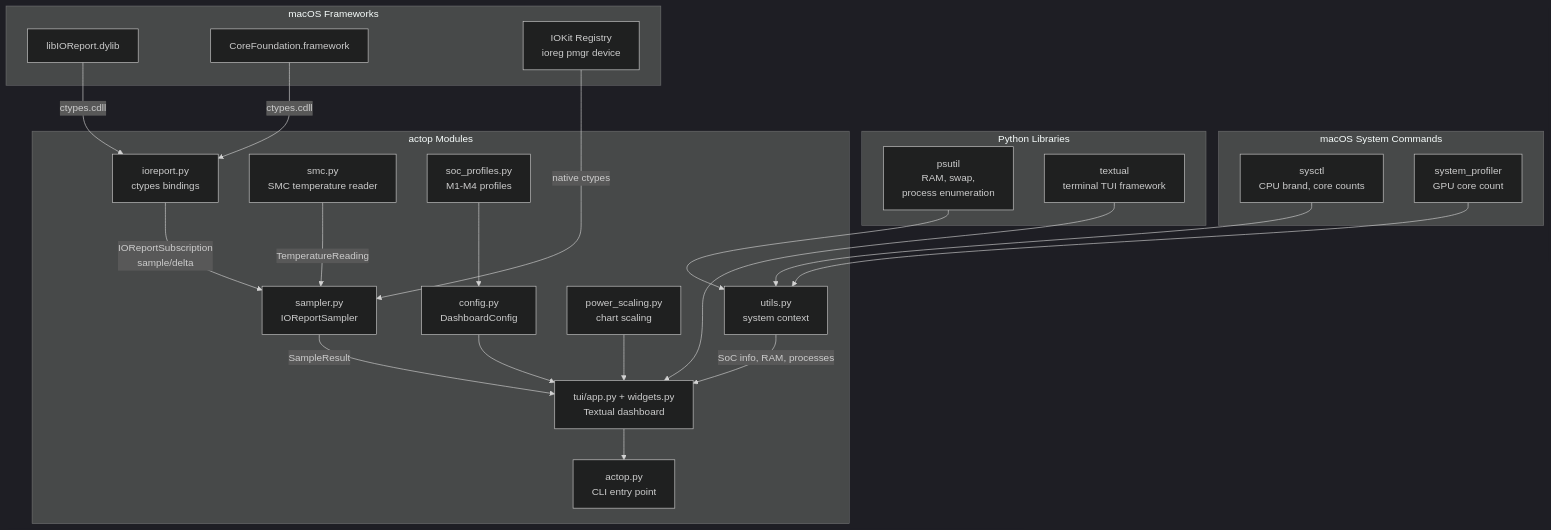
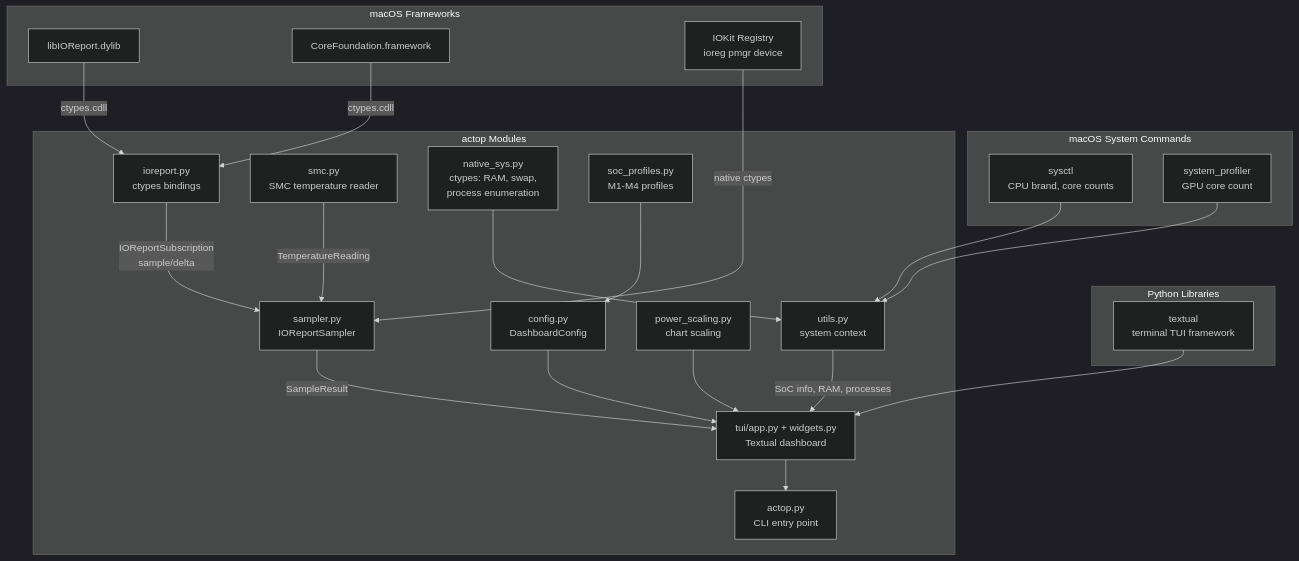
The diagram in README.md (binlecode/agtop), drawn with Mermaid (dark theme) before and after one commit. The commit also changed other lines of this file and 8 other files, not shown here.

First line of the commit message:
v1.2.1: doc sync, Python API snippet, roadmap refresh (#18)

````diff
--- a/README.md
+++ b/README.md
@@ -241,49 +256,49 @@
 ```mermaid
 graph TD
     subgraph "macOS Frameworks"
         IOR[libIOReport.dylib]
         CF[CoreFoundation.framework]
         IOKIT[IOKit Registry<br/>ioreg pmgr device]
     end
 
     subgraph "macOS System Commands"
         SYSCTL[sysctl<br/>CPU brand, core counts]
         SYSPROF[system_profiler<br/>GPU core count]
     end
 
     subgraph "Python Libraries"
-        PSUTIL[psutil<br/>RAM, swap,<br/>process enumeration]
         TEXTUAL[textual<br/>terminal TUI framework]
     end
 
     subgraph "actop Modules"
         IORPY[ioreport.py<br/>ctypes bindings]
         SAMPLER[sampler.py<br/>IOReportSampler]
         SMC[smc.py<br/>SMC temperature reader]
+        NATIVESYS[native_sys.py<br/>ctypes: RAM, swap,<br/>process enumeration]
         UTILS[utils.py<br/>system context]
         PROFILES[soc_profiles.py<br/>M1-M4 profiles]
         POWER[power_scaling.py<br/>chart scaling]
         CONFIG[config.py<br/>DashboardConfig]
         TUI[tui/app.py + widgets.py<br/>Textual dashboard]
         MAIN[actop.py<br/>CLI entry point]
     end
 
     IOR -->|ctypes.cdll| IORPY
     CF -->|ctypes.cdll| IORPY
     IOKIT -->|native ctypes| SAMPLER
 
     IORPY -->|IOReportSubscription<br/>sample/delta| SAMPLER
     SMC -->|TemperatureReading| SAMPLER
     SAMPLER -->|SampleResult| TUI
 
     SYSCTL --> UTILS
     SYSPROF --> UTILS
-    PSUTIL --> UTILS
+    NATIVESYS --> UTILS
     UTILS -->|SoC info, RAM, processes| TUI
 
     PROFILES --> CONFIG
     CONFIG --> TUI
     POWER --> TUI
     TEXTUAL --> TUI
     TUI --> MAIN
 ```
````
